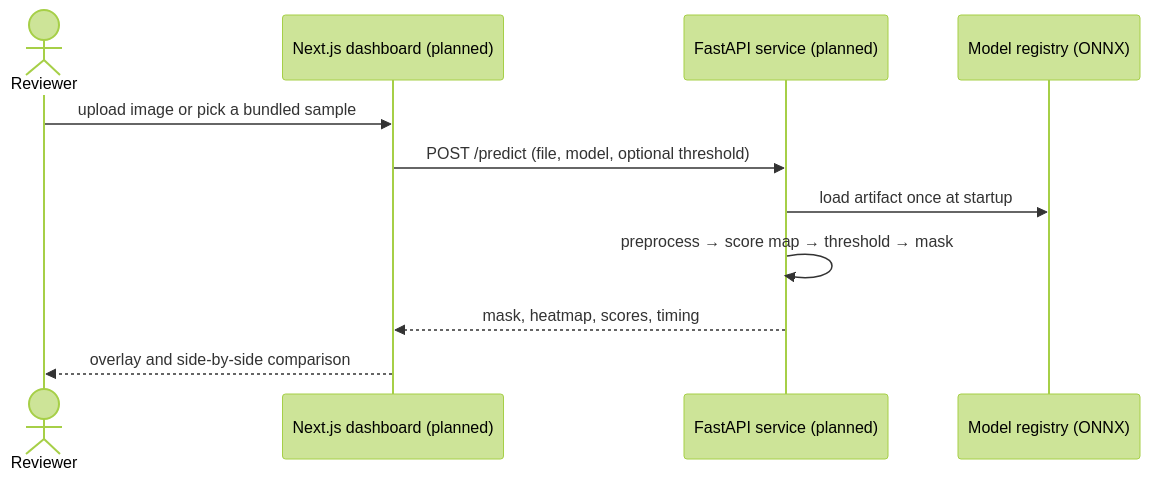
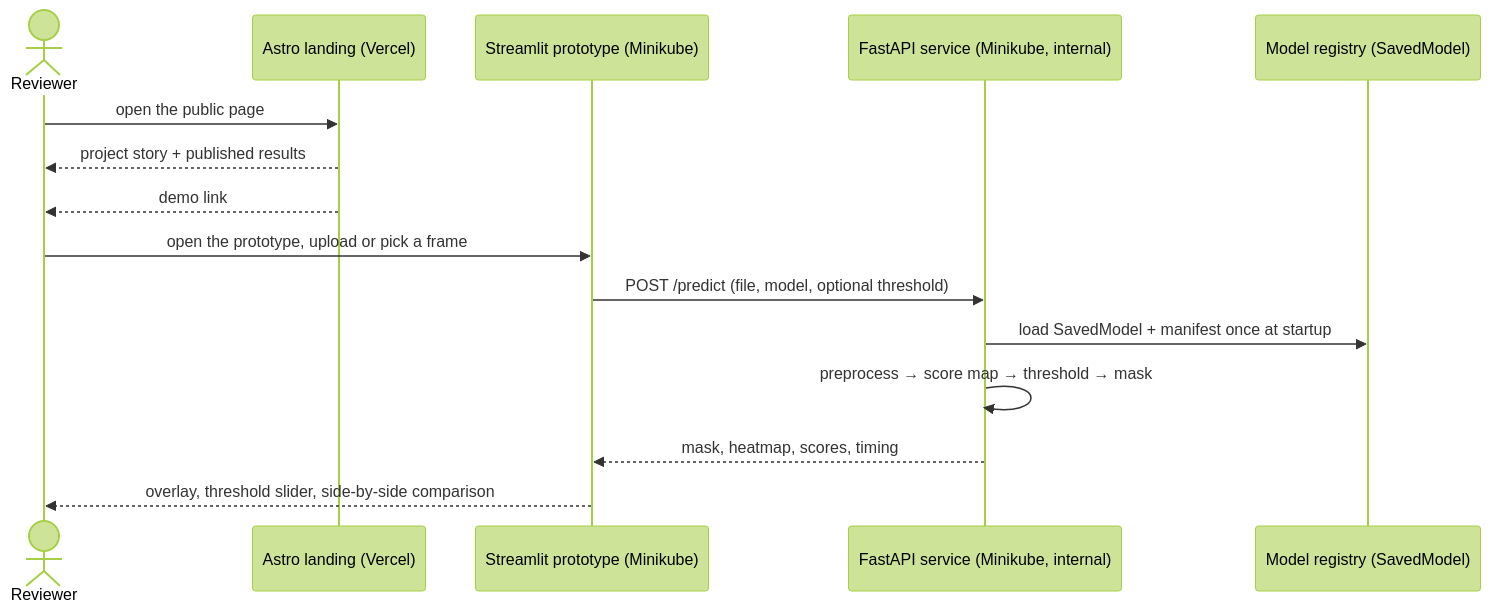
The third of 5 diagrams in docs/architecture/README.md (adriansalvadorekomo/RoadAnomaly), drawn with Mermaid (forest theme) before and after one commit. The commit also changed other lines of this file and 36 other files, not shown here.

First line of the commit message:
docs: align target stack with TensorFlow, Astro and Streamlit

````diff
--- a/docs/architecture/README.md
+++ b/docs/architecture/README.md
@@ -113,13 +149,17 @@
 ```mermaid
 sequenceDiagram
   actor U as Reviewer
-  participant W as Next.js dashboard (planned)
-  participant A as FastAPI service (planned)
-  participant R as Model registry (ONNX)
-  U->>W: upload image or pick a bundled sample
-  W->>A: POST /predict (file, model, optional threshold)
-  A->>R: load artifact once at startup
+  participant L as Astro landing (Vercel)
+  participant S as Streamlit prototype (Minikube)
+  participant A as FastAPI service (Minikube, internal)
+  participant R as Model registry (SavedModel)
+  U->>L: open the public page
+  L-->>U: project story + published results
+  L-->>U: demo link
+  U->>S: open the prototype, upload or pick a frame
+  S->>A: POST /predict (file, model, optional threshold)
+  A->>R: load SavedModel + manifest once at startup
   A->>A: preprocess → score map → threshold → mask
-  A-->>W: mask, heatmap, scores, timing
-  W-->>U: overlay and side-by-side comparison
+  A-->>S: mask, heatmap, scores, timing
+  S-->>U: overlay, threshold slider, side-by-side comparison
 ```
````
